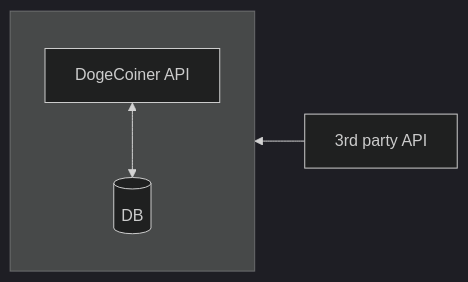
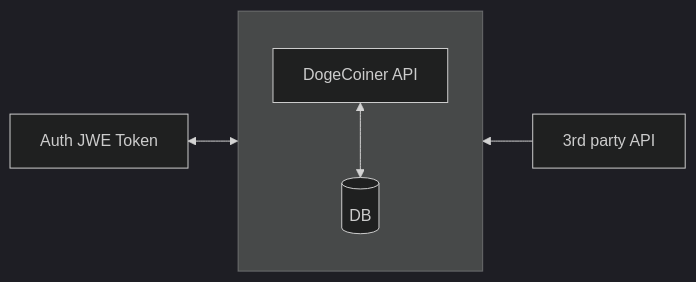
One commit to abardandev/dogecoiner-api changed the diagram in README.md. Above: the diagram before and after it, drawn with Mermaid (dark theme). The commit also changed other lines of this file, not shown here.

````diff
--- a/README.md
+++ b/README.md
@@ -21,8 +21,9 @@
 ```mermaid
 flowchart RL
-    subgraph S1[ ]
-        direction TB
-        B[DogeCoiner API] <--> C[(DB)];
-    end
-    D[3rd party API] --> S1;
+  S1 <--> G[Auth JWE Token]
+  subgraph S1[ ]
+      direction TB
+      B[DogeCoiner API] <--> C[(DB)];
+  end
+  D[3rd party API] --> S1;
 ```
````
